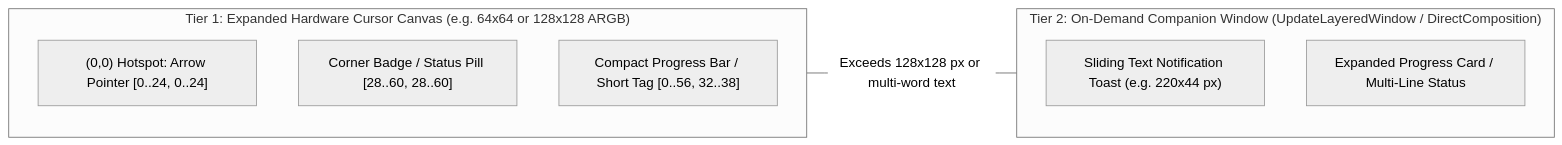
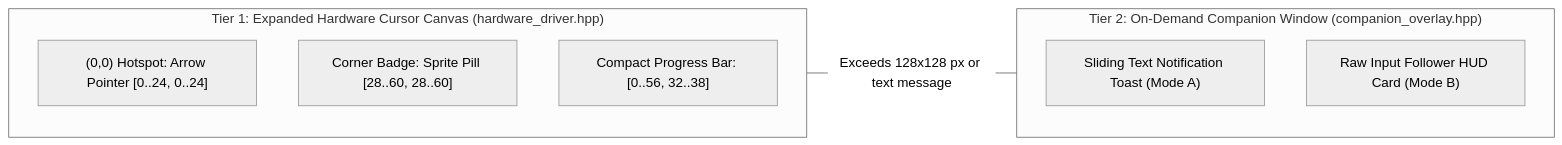
One commit to amirf147/dynamic-cursor changed the second of 2 diagrams in docs/architecture/02_win32_subsystem_deep_dive.md. Above: the diagram before and after it, drawn with Mermaid (neutral theme). The commit also changed other lines of this file and 23 other files, not shown here.

````diff
--- a/docs/architecture/02_win32_subsystem_deep_dive.md
+++ b/docs/architecture/02_win32_subsystem_deep_dive.md
@@ -49,17 +49,17 @@
 ```mermaid
 flowchart LR
-    subgraph Canvas ["Tier 1: Expanded Hardware Cursor Canvas (e.g. 64x64 or 128x128 ARGB)"]
+    subgraph Canvas ["Tier 1: Expanded Hardware Cursor Canvas (hardware_driver.hpp)"]
         direction TB
         Tip["(0,0) Hotspot: Arrow Pointer [0..24, 0..24]"]
-        Badge["Corner Badge / Status Pill [28..60, 28..60]"]
-        MiniBar["Compact Progress Bar / Short Tag [0..56, 32..38]"]
+        Badge["Corner Badge: Sprite Pill [28..60, 28..60]"]
+        MiniBar["Compact Progress Bar: [0..56, 32..38]"]
     end
 
-    subgraph Overlay ["Tier 2: On-Demand Companion Window (UpdateLayeredWindow / DirectComposition)"]
+    subgraph Overlay ["Tier 2: On-Demand Companion Window (companion_overlay.hpp)"]
         direction TB
-        Toast["Sliding Text Notification Toast (e.g. 220x44 px)"]
-        RichHUD["Expanded Progress Card / Multi-Line Status"]
+        Toast["Sliding Text Notification Toast (Mode A)"]
+        RichHUD["Raw Input Follower HUD Card (Mode B)"]
     end
 
-    Canvas ---|"Exceeds 128x128 px or multi-word text"| Overlay
+    Canvas ---|"Exceeds 128x128 px or text message"| Overlay
 ```
````
